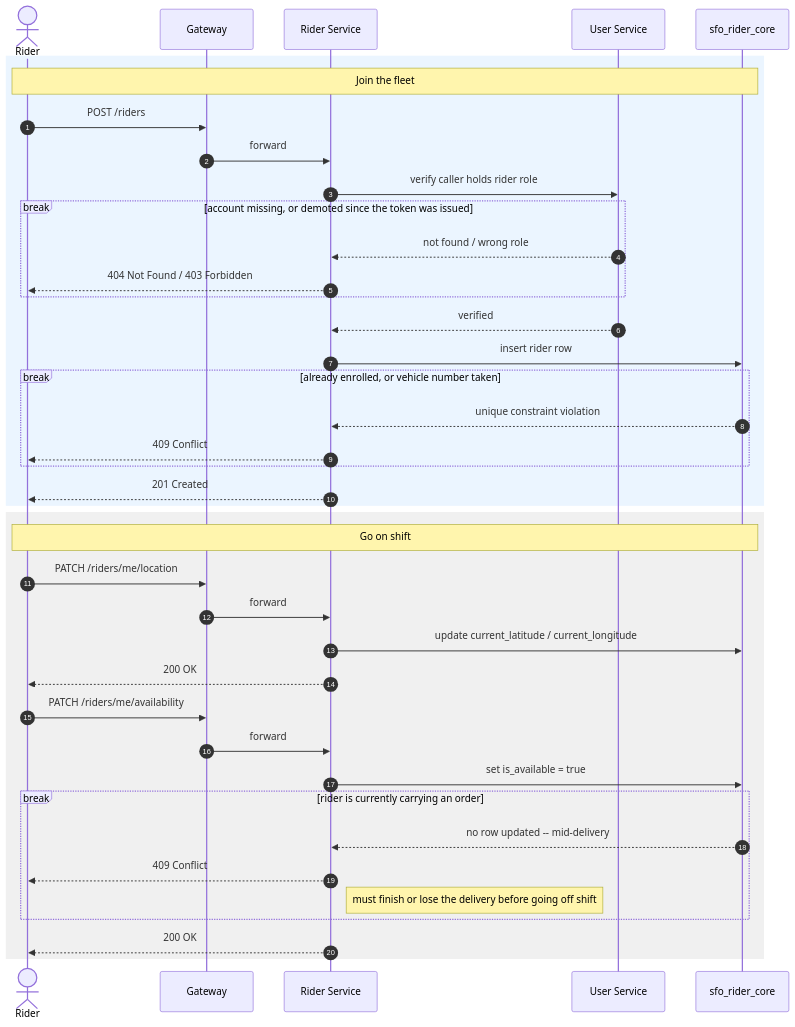
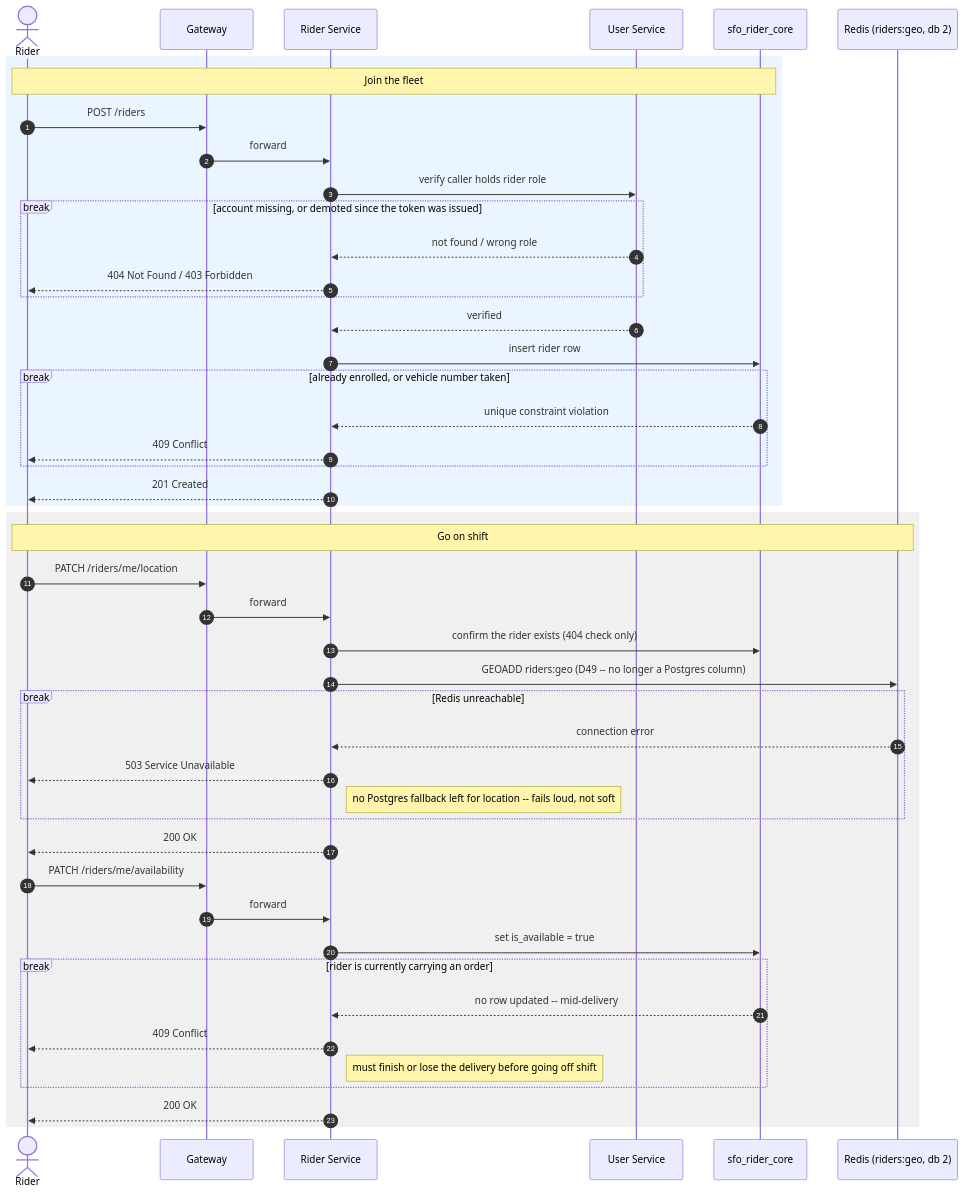
Before and after one commit to saqib-emumba/smartfoodops-backend: the diagram in readme/diagrams/rider_onboarding_sequence_diagram.md, drawn with Mermaid. The commit also changed 2 other files, not shown here.

Commit message:
feat: update diagrams

````diff
--- a/readme/diagrams/rider_onboarding_sequence_diagram.md
+++ b/readme/diagrams/rider_onboarding_sequence_diagram.md
@@ -10,44 +10,51 @@
 ```mermaid
 sequenceDiagram
     autonumber
     actor Rider
     participant Gateway
     participant RiderSvc as Rider Service
     participant UserSvc as User Service
     participant RiderDB as sfo_rider_core
+    participant RiderGeo as Redis (riders:geo, db 2)
 
     rect rgb(235, 245, 255)
         Note over Rider, RiderDB: Join the fleet
         Rider->>Gateway: POST /riders
         Gateway->>RiderSvc: forward
         RiderSvc->>UserSvc: verify caller holds rider role
         break account missing, or demoted since the token was issued
             UserSvc-->>RiderSvc: not found / wrong role
             RiderSvc-->>Rider: 404 Not Found / 403 Forbidden
         end
         UserSvc-->>RiderSvc: verified
         RiderSvc->>RiderDB: insert rider row
         break already enrolled, or vehicle number taken
             RiderDB-->>RiderSvc: unique constraint violation
             RiderSvc-->>Rider: 409 Conflict
         end
         RiderSvc-->>Rider: 201 Created
     end
 
     rect rgb(240, 240, 240)
-        Note over Rider, RiderDB: Go on shift
+        Note over Rider, RiderGeo: Go on shift
         Rider->>Gateway: PATCH /riders/me/location
         Gateway->>RiderSvc: forward
-        RiderSvc->>RiderDB: update current_latitude / current_longitude
+        RiderSvc->>RiderDB: confirm the rider exists (404 check only)
+        RiderSvc->>RiderGeo: GEOADD riders:geo (D49 -- no longer a Postgres column)
+        break Redis unreachable
+            RiderGeo-->>RiderSvc: connection error
+            RiderSvc-->>Rider: 503 Service Unavailable
+            Note right of RiderSvc: no Postgres fallback left for location -- fails loud, not soft
+        end
         RiderSvc-->>Rider: 200 OK
         Rider->>Gateway: PATCH /riders/me/availability
         Gateway->>RiderSvc: forward
         RiderSvc->>RiderDB: set is_available = true
         break rider is currently carrying an order
             RiderDB-->>RiderSvc: no row updated -- mid-delivery
             RiderSvc-->>Rider: 409 Conflict
             Note right of RiderSvc: must finish or lose the delivery before going off shift
         end
         RiderSvc-->>Rider: 200 OK
     end
 ```
````
